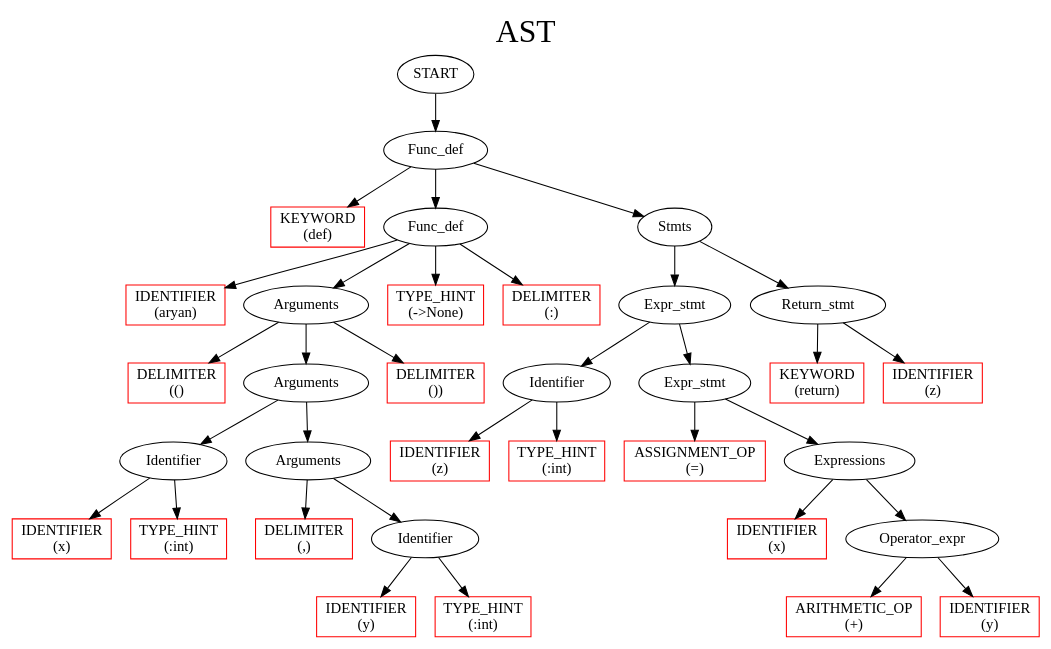
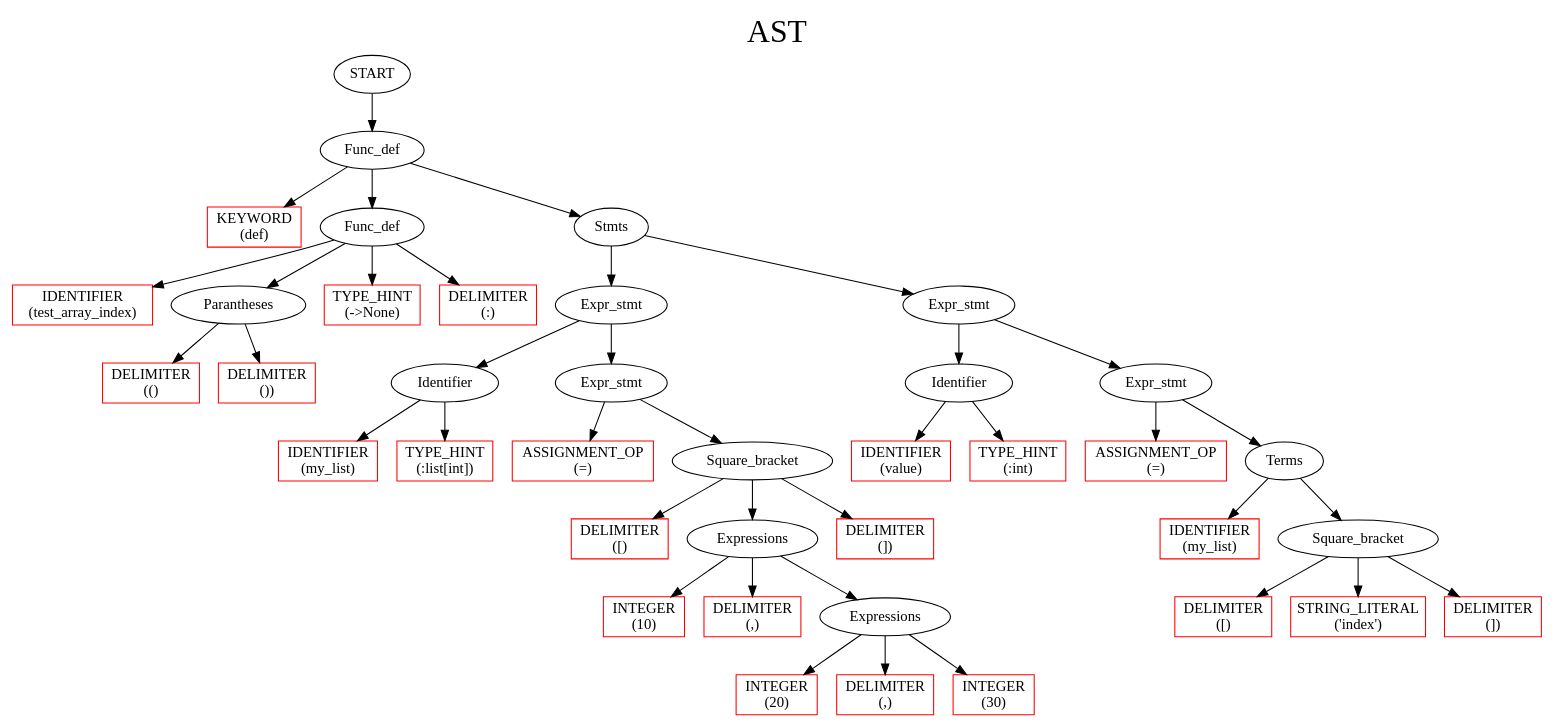
One commit to depanshu357/CS335-Compiler changed the diagram in output.dot. Above: the diagram before and after it, drawn with Graphviz. The commit also changed 9 other files, not shown here.

Commit message:
type checking upto atom_expr

```diff
--- a/output.dot
+++ b/output.dot
@@ -1,95 +1,109 @@
 digraph G{
 
 label     = "AST"
 fontname  = "Cascadia code"
 fontsize  = 30
 labelloc  = t
 
 node   [ fontname="Cascadia code" ]
-	67		[ style = solid label = "START"  ];
-	67 -> 65
-	65		[ style = solid label = "Func_def"  ];
-	65 -> 0
+	117		[ style = solid label = "START"  ];
+	117 -> 115
+	115		[ style = solid label = "Func_def"  ];
+	115 -> 0
 	0		[ style = solid label = "KEYWORD 
 (def)" color = red shape = rectangle ];
-	65 -> 16
-	16		[ style = solid label = "Func_def"  ];
-	16 -> 1
+	115 -> 7
+	7		[ style = solid label = "Func_def"  ];
+	7 -> 1
 	1		[ style = solid label = "IDENTIFIER 
-(aryan)" color = red shape = rectangle ];
-	16 -> 13
-	13		[ style = solid label = "Arguments"  ];
-	13 -> 2
+(test_array_index)" color = red shape = rectangle ];
+	7 -> 4
+	4		[ style = solid label = "Parantheses"  ];
+	4 -> 2
 	2		[ style = solid label = "DELIMITER 
 (()" color = red shape = rectangle ];
-	13 -> 12
-	12		[ style = solid label = "Arguments"  ];
-	12 -> 5
-	5		[ style = solid label = "Identifier"  ];
-	5 -> 3
-	3		[ style = solid label = "IDENTIFIER 
-(x)" color = red shape = rectangle ];
-	5 -> 4
-	4		[ style = solid label = "TYPE_HINT 
+	4 -> 3
+	3		[ style = solid label = "DELIMITER 
+())" color = red shape = rectangle ];
+	7 -> 5
+	5		[ style = solid label = "TYPE_HINT 
+(->None)" color = red shape = rectangle ];
+	7 -> 6
+	6		[ style = solid label = "DELIMITER 
+(:)" color = red shape = rectangle ];
+	115 -> 114
+	114		[ style = solid label = "Stmts"  ];
+	114 -> 70
+	70		[ style = solid label = "Expr_stmt"  ];
+	70 -> 10
+	10		[ style = solid label = "Identifier"  ];
+	10 -> 8
+	8		[ style = solid label = "IDENTIFIER 
+(my_list)" color = red shape = rectangle ];
+	10 -> 9
+	9		[ style = solid label = "TYPE_HINT 
+(:list[int])" color = red shape = rectangle ];
+	70 -> 69
+	69		[ style = solid label = "Expr_stmt"  ];
+	69 -> 11
+	11		[ style = solid label = "ASSIGNMENT_OP 
+(=)" color = red shape = rectangle ];
+	69 -> 58
+	58		[ style = solid label = "Square_bracket"  ];
+	58 -> 22
+	22		[ style = solid label = "DELIMITER 
+([)" color = red shape = rectangle ];
+	58 -> 57
+	57		[ style = solid label = "Expressions"  ];
+	57 -> 23
+	23		[ style = solid label = "INTEGER 
+(10)" color = red shape = rectangle ];
+	57 -> 24
+	24		[ style = solid label = "DELIMITER 
+(,)" color = red shape = rectangle ];
+	57 -> 56
+	56		[ style = solid label = "Expressions"  ];
+	56 -> 34
+	34		[ style = solid label = "INTEGER 
+(20)" color = red shape = rectangle ];
+	56 -> 35
+	35		[ style = solid label = "DELIMITER 
+(,)" color = red shape = rectangle ];
+	56 -> 45
+	45		[ style = solid label = "INTEGER 
+(30)" color = red shape = rectangle ];
+	58 -> 46
+	46		[ style = solid label = "DELIMITER 
+(])" color = red shape = rectangle ];
+	114 -> 112
+	112		[ style = solid label = "Expr_stmt"  ];
+	112 -> 74
+	74		[ style = solid label = "Identifier"  ];
+	74 -> 72
+	72		[ style = solid label = "IDENTIFIER 
+(value)" color = red shape = rectangle ];
+	74 -> 73
+	73		[ style = solid label = "TYPE_HINT 
 (:int)" color = red shape = rectangle ];
-	12 -> 11
-	11		[ style = solid label = "Arguments"  ];
-	11 -> 6
-	6		[ style = solid label = "DELIMITER 
-(,)" color = red shape = rectangle ];
-	11 -> 9
-	9		[ style = solid label = "Identifier"  ];
-	9 -> 7
-	7		[ style = solid label = "IDENTIFIER 
-(y)" color = red shape = rectangle ];
-	9 -> 8
-	8		[ style = solid label = "TYPE_HINT 
-(:int)" color = red shape = rectangle ];
-	13 -> 10
-	10		[ style = solid label = "DELIMITER 
-())" color = red shape = rectangle ];
-	16 -> 14
-	14		[ style = solid label = "TYPE_HINT 
-(->None)" color = red shape = rectangle ];
-	16 -> 15
-	15		[ style = solid label = "DELIMITER 
-(:)" color = red shape = rectangle ];
-	65 -> 64
-	64		[ style = solid label = "Stmts"  ];
-	64 -> 48
-	48		[ style = solid label = "Expr_stmt"  ];
-	48 -> 19
-	19		[ style = solid label = "Identifier"  ];
-	19 -> 17
-	17		[ style = solid label = "IDENTIFIER 
-(z)" color = red shape = rectangle ];
-	19 -> 18
-	18		[ style = solid label = "TYPE_HINT 
-(:int)" color = red shape = rectangle ];
-	48 -> 47
-	47		[ style = solid label = "Expr_stmt"  ];
-	47 -> 20
-	20		[ style = solid label = "ASSIGNMENT_OP 
+	112 -> 111
+	111		[ style = solid label = "Expr_stmt"  ];
+	111 -> 75
+	75		[ style = solid label = "ASSIGNMENT_OP 
 (=)" color = red shape = rectangle ];
-	47 -> 39
-	39		[ style = solid label = "Expressions"  ];
-	39 -> 31
-	31		[ style = solid label = "IDENTIFIER 
-(x)" color = red shape = rectangle ];
-	39 -> 38
-	38		[ style = solid label = "Operator_expr"  ];
-	38 -> 32
-	32		[ style = solid label = "ARITHMETIC_OP 
-(+)" color = red shape = rectangle ];
-	38 -> 35
-	35		[ style = solid label = "IDENTIFIER 
-(y)" color = red shape = rectangle ];
-	64 -> 62
-	62		[ style = solid label = "Return_stmt"  ];
-	62 -> 50
-	50		[ style = solid label = "KEYWORD 
-(return)" color = red shape = rectangle ];
-	62 -> 51
-	51		[ style = solid label = "IDENTIFIER 
-(z)" color = red shape = rectangle ];
+	111 -> 101
+	101		[ style = solid label = "Terms"  ];
+	101 -> 86
+	86		[ style = solid label = "IDENTIFIER 
+(my_list)" color = red shape = rectangle ];
+	101 -> 99
+	99		[ style = solid label = "Square_bracket"  ];
+	99 -> 87
+	87		[ style = solid label = "DELIMITER 
+([)" color = red shape = rectangle ];
+	99 -> 88
+	88		[ style = solid label = "STRING_LITERAL 
+(\'index\')" color = red shape = rectangle ];
+	99 -> 89
+	89		[ style = solid label = "DELIMITER 
+(])" color = red shape = rectangle ];
 }
```
